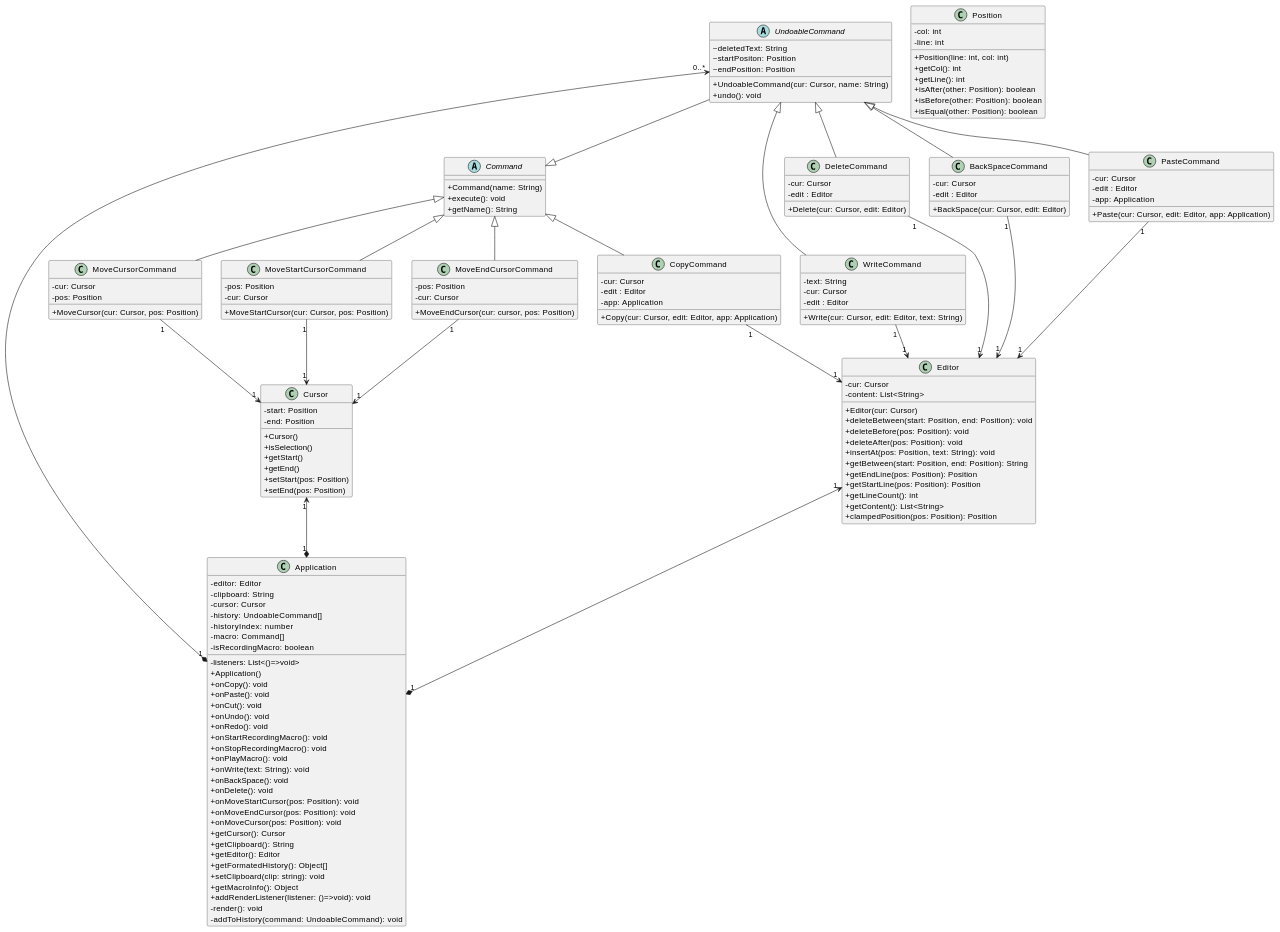
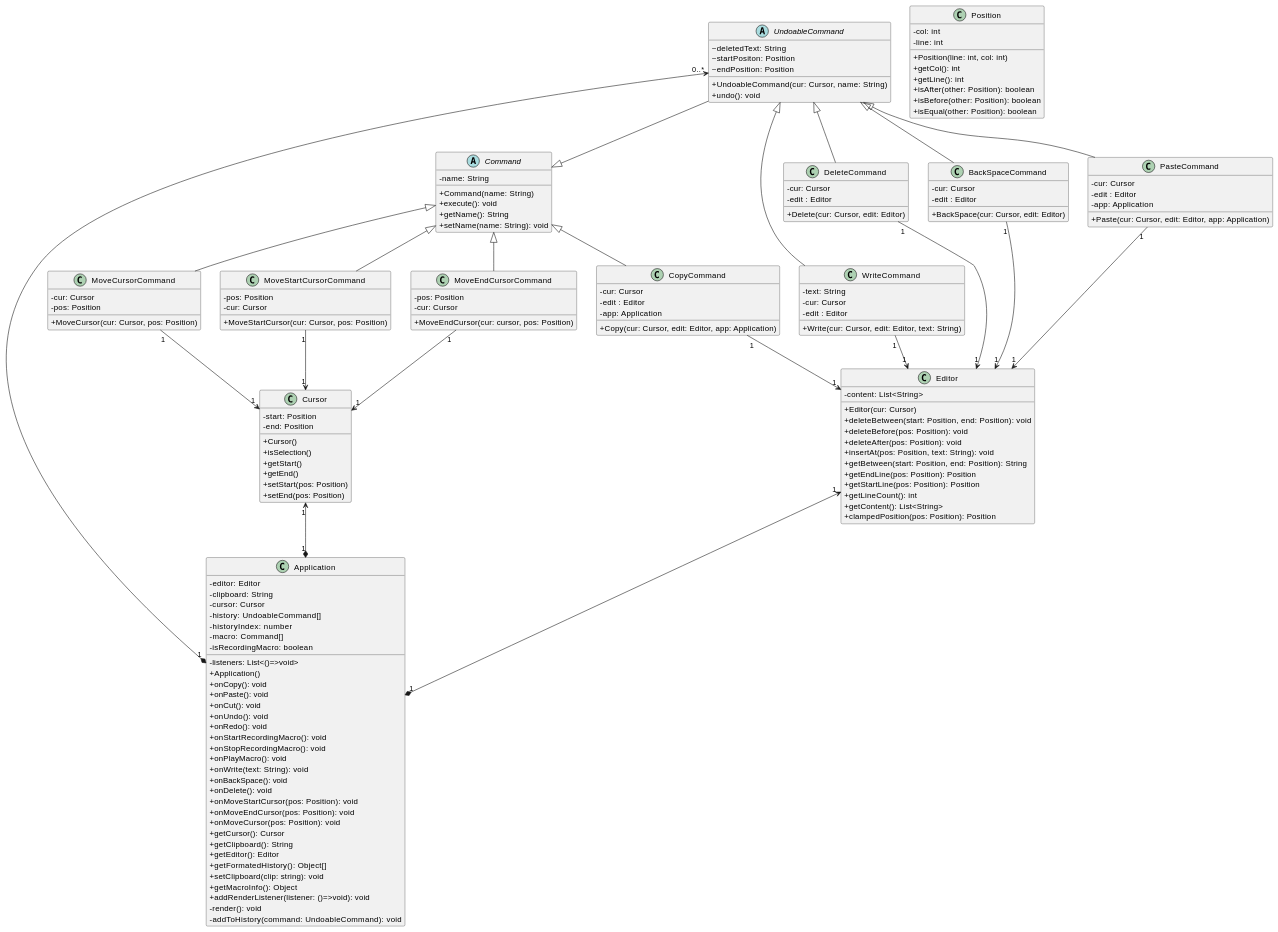
Before and after one commit to CodyAdam/another-useless-text-editor: the fourth of 6 diagrams in README.md, drawn with PlantUML.

Commit message:
update class diagramme 2 string and cursor

```diff
--- a/README.md
+++ b/README.md
@@ -430,7 +430,6 @@
     }
 
     class Editor {
-        -cur: Cursor
         -content: List<String>
         +Editor(cur: Cursor)
         +deleteBetween(start: Position, end: Position): void
@@ -446,9 +445,11 @@
     }
 
     Abstract Command{
+        -name: String
         +Command(name: String)
         +execute(): void
         +getName(): String
+        +setName(name: String): void
     }
 
     Abstract UndoableCommand{
```
